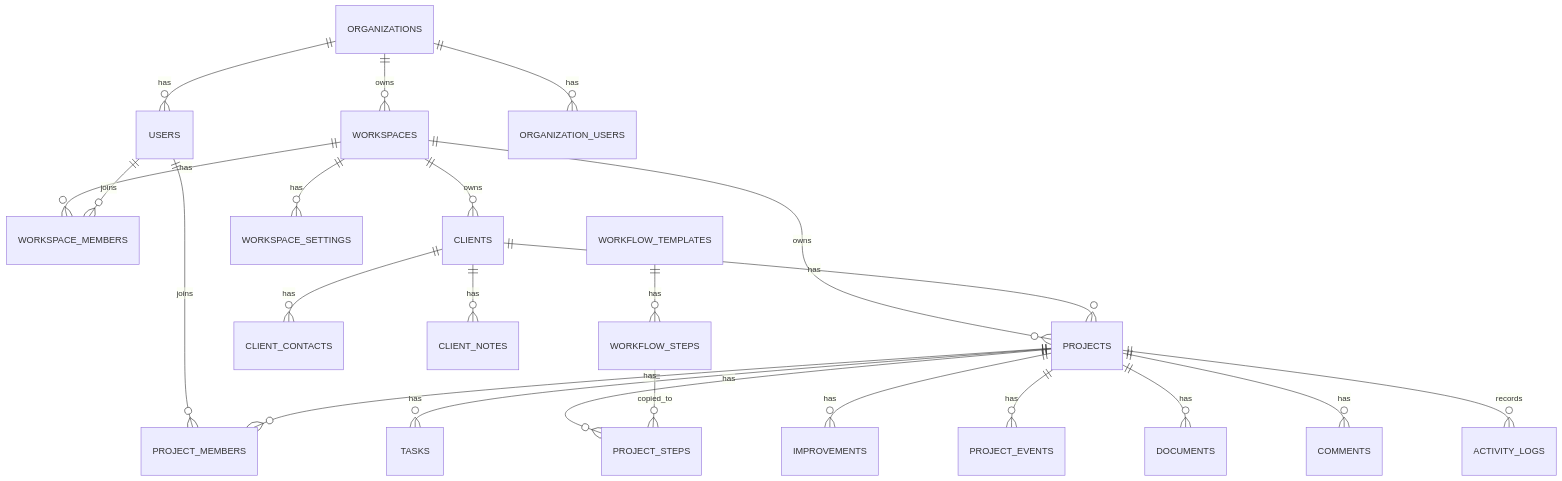
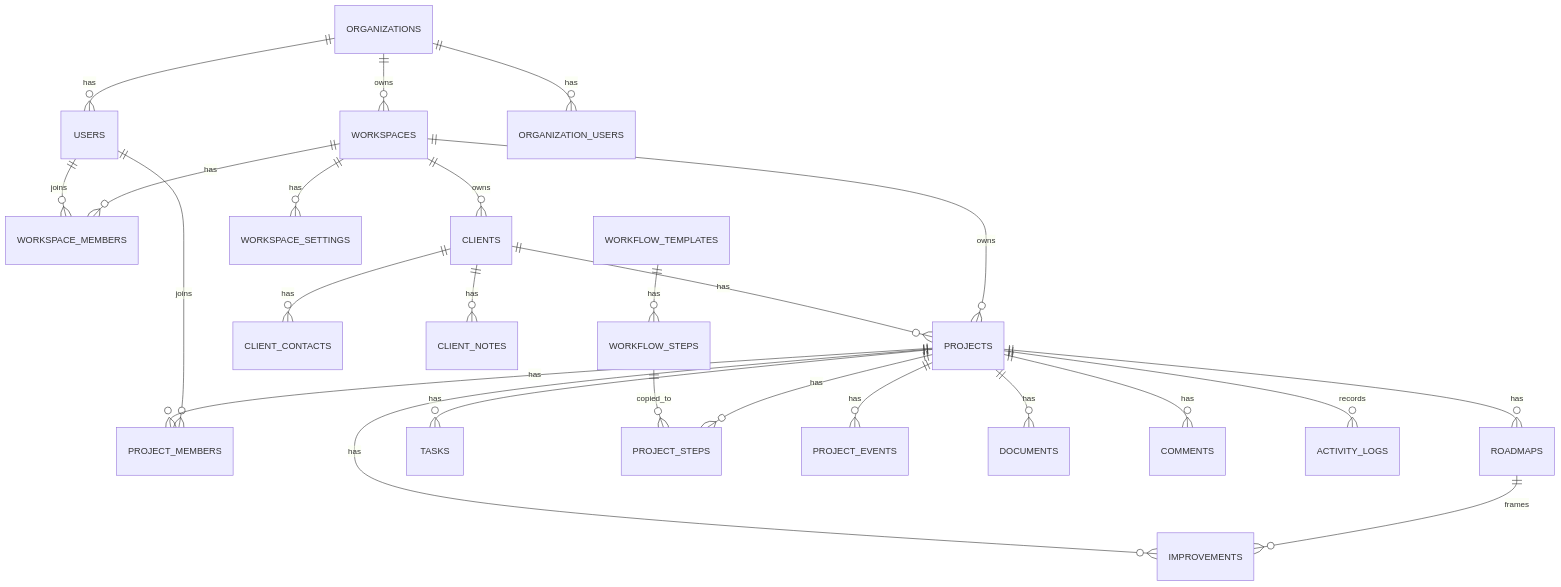
One commit to taka-0210/rise-gate-os changed the diagram in docs/database.md. Above: the diagram before and after it, drawn with Mermaid. The commit also changed other lines of this file and 19 other files, not shown here.

````diff
--- a/docs/database.md
+++ b/docs/database.md
@@ -64,30 +65,32 @@
 ```mermaid
 erDiagram
     ORGANIZATIONS ||--o{ WORKSPACES : owns
     ORGANIZATIONS ||--o{ USERS : has
     ORGANIZATIONS ||--o{ ORGANIZATION_USERS : has
 
     WORKSPACES ||--o{ WORKSPACE_MEMBERS : has
     WORKSPACES ||--o{ CLIENTS : owns
     WORKSPACES ||--o{ PROJECTS : owns
     WORKSPACES ||--o{ WORKSPACE_SETTINGS : has
 
     USERS ||--o{ WORKSPACE_MEMBERS : joins
     USERS ||--o{ PROJECT_MEMBERS : joins
 
     CLIENTS ||--o{ PROJECTS : has
     CLIENTS ||--o{ CLIENT_CONTACTS : has
     CLIENTS ||--o{ CLIENT_NOTES : has
 
     PROJECTS ||--o{ PROJECT_MEMBERS : has
+    PROJECTS ||--o{ ROADMAPS : has
     PROJECTS ||--o{ TASKS : has
     PROJECTS ||--o{ PROJECT_STEPS : has
+    ROADMAPS ||--o{ IMPROVEMENTS : frames
     PROJECTS ||--o{ IMPROVEMENTS : has
     PROJECTS ||--o{ PROJECT_EVENTS : has
     PROJECTS ||--o{ DOCUMENTS : has
     PROJECTS ||--o{ COMMENTS : has
     PROJECTS ||--o{ ACTIVITY_LOGS : records
 
     WORKFLOW_TEMPLATES ||--o{ WORKFLOW_STEPS : has
     WORKFLOW_STEPS ||--o{ PROJECT_STEPS : copied_to
 ```
````
